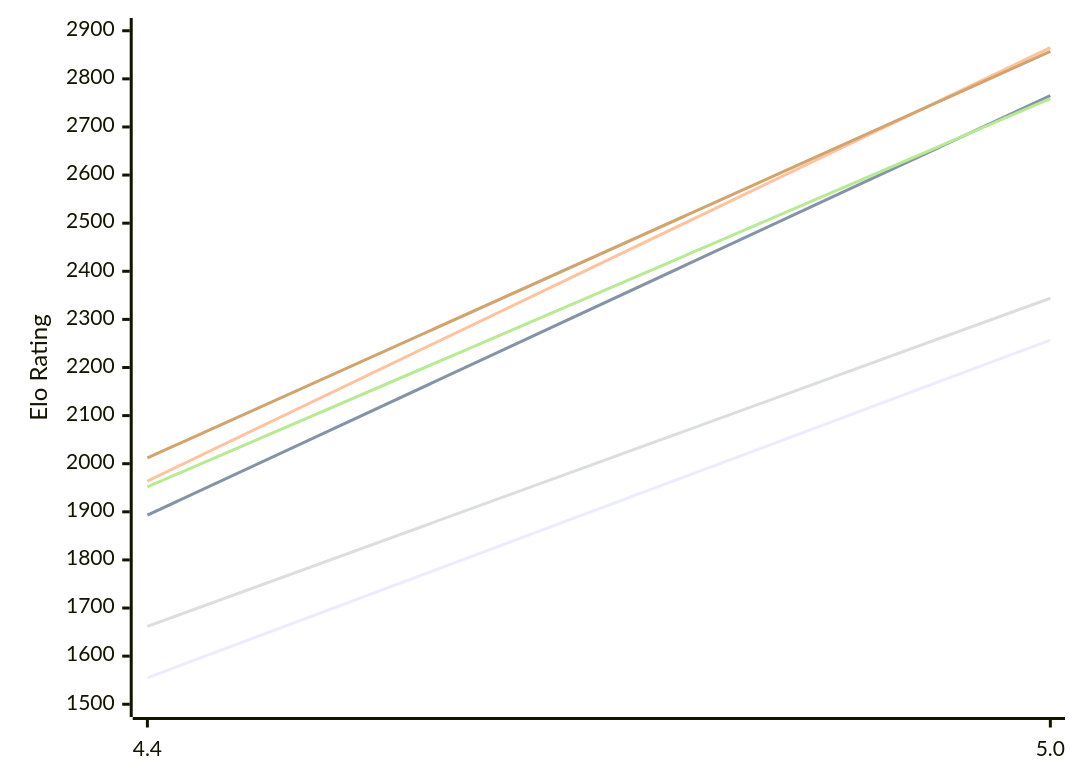
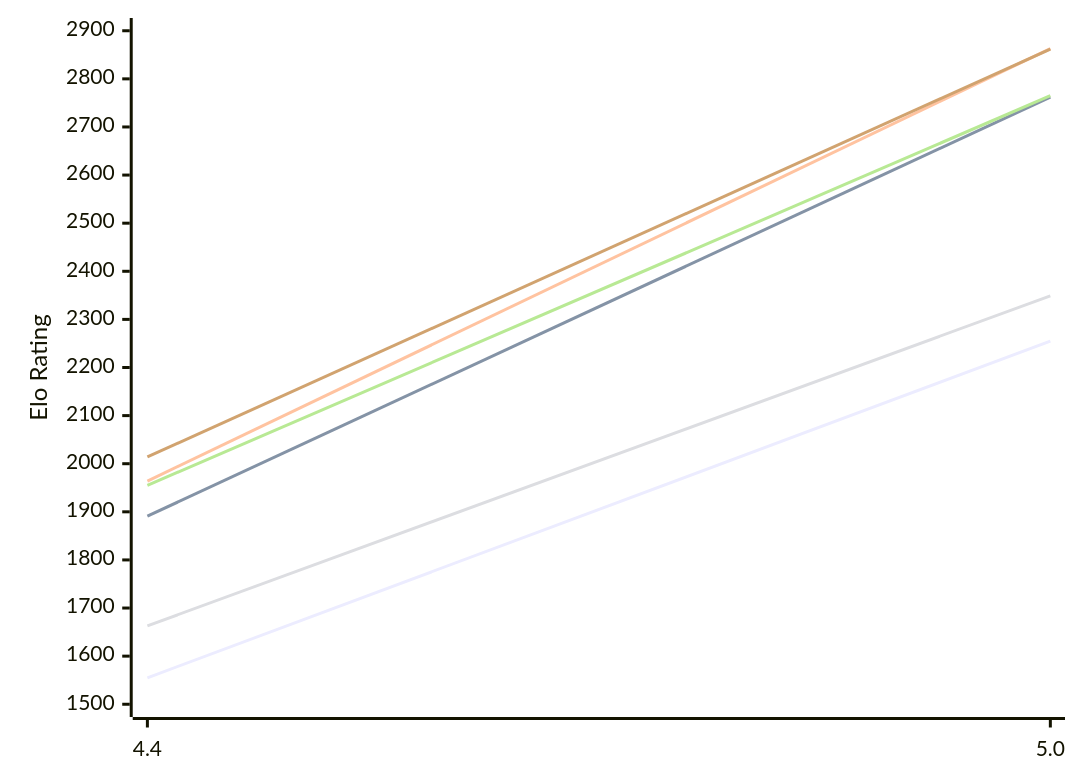
Before and after one commit to computer-chess-index/cci: the first of 2 diagrams in engines/Radiance.md, drawn with Mermaid. The commit also changed other lines of this file, not shown here.

Commit message:
Update CCI Ratings (ELO VLTC) - 2026-11-23

````diff
--- a/engines/Radiance.md
+++ b/engines/Radiance.md
@@ -51,12 +51,12 @@
 ```mermaid
 %%{init: {"theme":"base","themeVariables":{"seriesColors:['#a3a3a3','#222221','#faa371']}}}%%
 xychart-beta
   x-axis ["4.4", "5.0"]
   y-axis "Elo Rating" 1500 --> 2900
-  line "E1: STC (8.0+0.08s)" [1555, 2257]
-  line "E1: LTC (60.0+0.60s)" [1893, 2765]
-  line "E1: VLTC (2m24s+1.12s)" [1964, 2865]
-  line "P1: STC (8.0+0.08s)" [1662, 2344]
-  line "P1: LTC (60.0+0.60s)" [1952, 2759]
-  line "P1: VLTC (2m24s+1.12s)" [2012, 2857]
+  line "E1: STC (8.0+0.08s)" [1555, 2255]
+  line "E1: LTC (60.0+0.60s)" [1891, 2762]
+  line "E1: VLTC (2m24s+1.12s)" [1964, 2863]
+  line "P1: STC (8.0+0.08s)" [1663, 2349]
+  line "P1: LTC (60.0+0.60s)" [1955, 2765]
+  line "P1: VLTC (2m24s+1.12s)" [2014, 2862]
 ```
````
